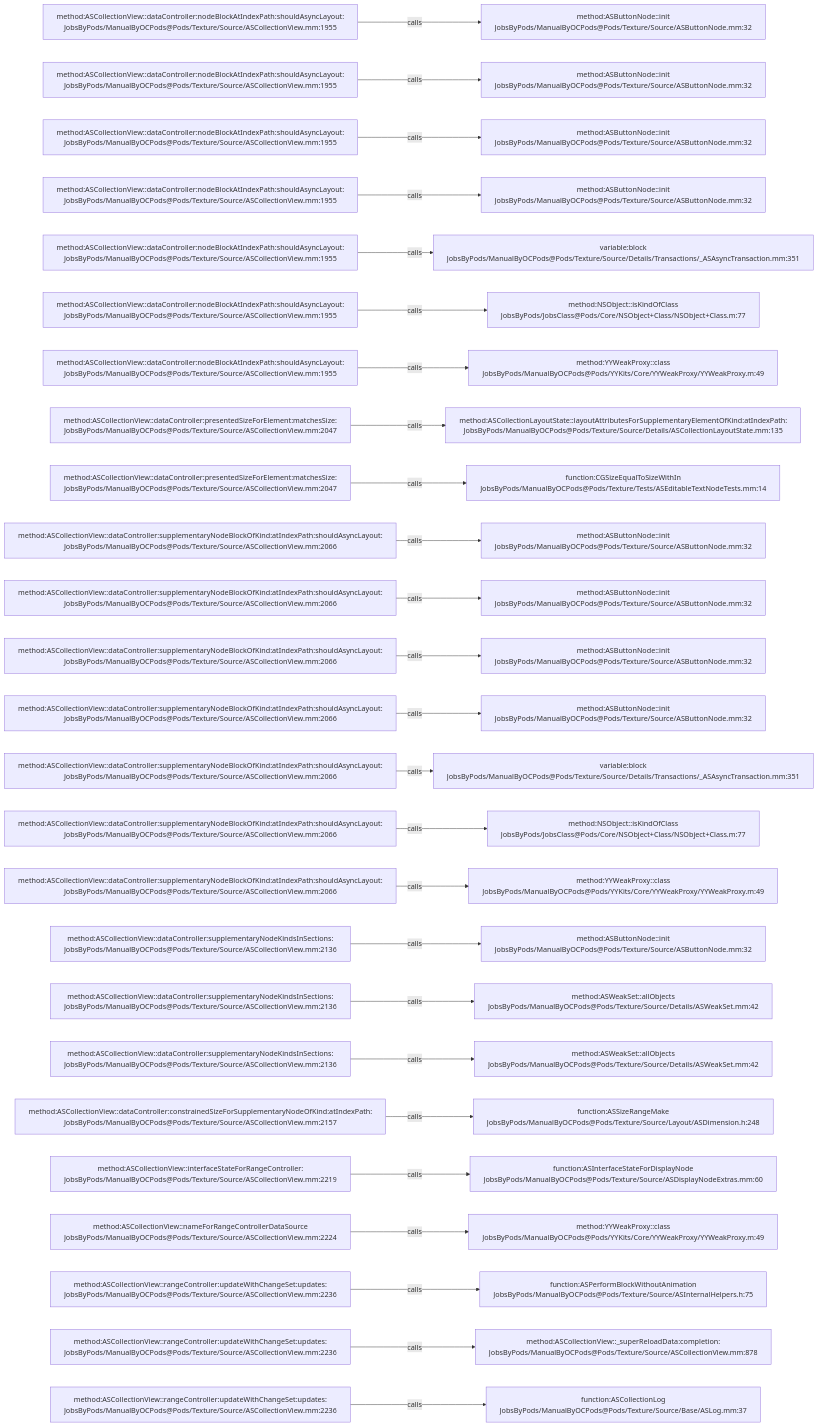
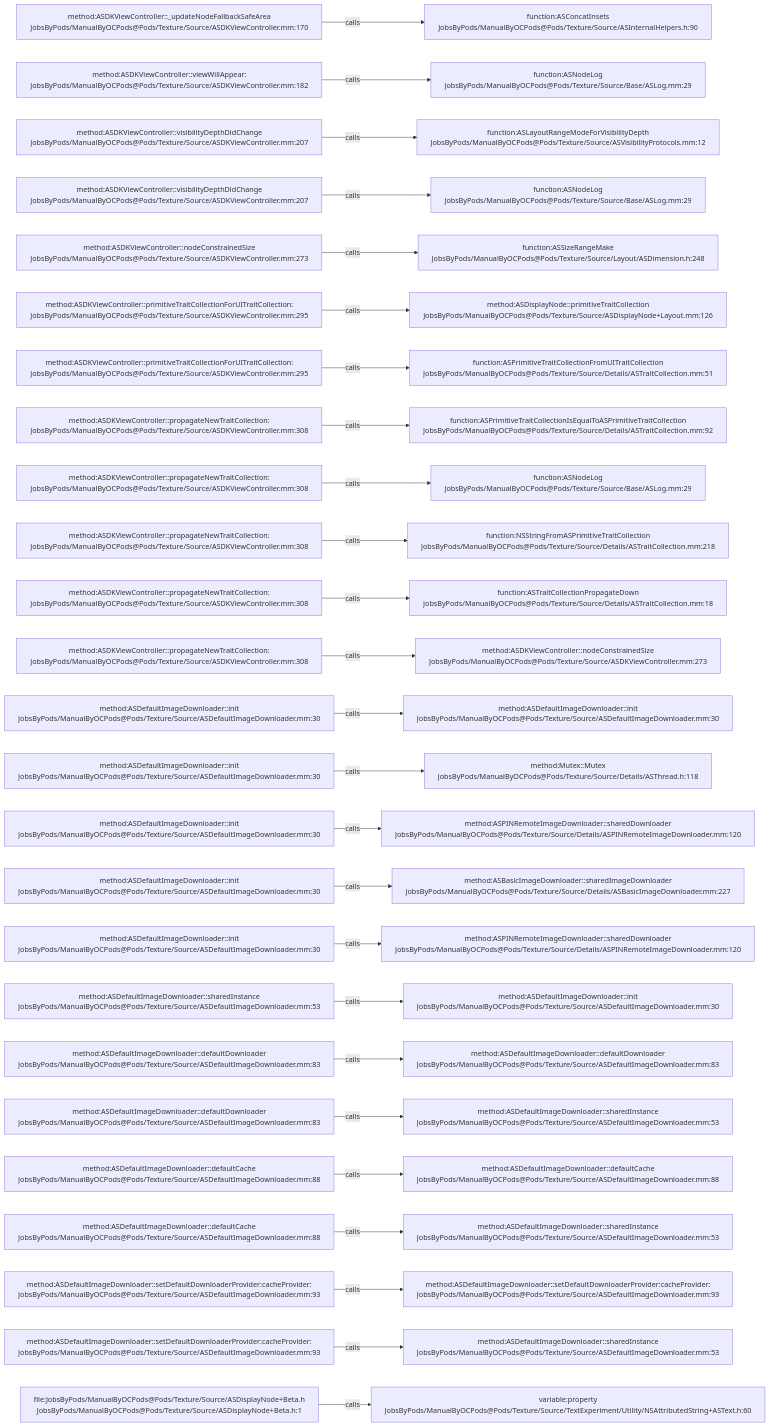
The diagram in .codegraph/codegraph.md/graphs/calls-091.md (JobsKits/JobsOCBaseConfigDemo), drawn with Mermaid before and after one commit. The commit also changed 1223 other files, not shown here.

````diff
--- a/.codegraph/codegraph.md/graphs/calls-091.md
+++ b/.codegraph/codegraph.md/graphs/calls-091.md
@@ -13,78 +13,78 @@
 ```mermaid
 flowchart LR
-  S1["method:ASCollectionView::dataController:nodeBlockAtIndexPath:shouldAsyncLayout:<br/>JobsByPods/ManualByOCPods@Pods/Texture/Source/ASCollectionView.mm:1955"]
-  T1["method:ASButtonNode::init<br/>JobsByPods/ManualByOCPods@Pods/Texture/Source/ASButtonNode.mm:32"]
+  S1["method:ASDKViewController::_updateNodeFallbackSafeArea<br/>JobsByPods/ManualByOCPods@Pods/Texture/Source/ASDKViewController.mm:170"]
+  T1["function:ASConcatInsets<br/>JobsByPods/ManualByOCPods@Pods/Texture/Source/ASInternalHelpers.h:90"]
   S1 -->|calls| T1
-  S2["method:ASCollectionView::dataController:nodeBlockAtIndexPath:shouldAsyncLayout:<br/>JobsByPods/ManualByOCPods@Pods/Texture/Source/ASCollectionView.mm:1955"]
-  T2["method:ASButtonNode::init<br/>JobsByPods/ManualByOCPods@Pods/Texture/Source/ASButtonNode.mm:32"]
+  S2["method:ASDKViewController::viewWillAppear:<br/>JobsByPods/ManualByOCPods@Pods/Texture/Source/ASDKViewController.mm:182"]
+  T2["function:ASNodeLog<br/>JobsByPods/ManualByOCPods@Pods/Texture/Source/Base/ASLog.mm:29"]
   S2 -->|calls| T2
-  S3["method:ASCollectionView::dataController:nodeBlockAtIndexPath:shouldAsyncLayout:<br/>JobsByPods/ManualByOCPods@Pods/Texture/Source/ASCollectionView.mm:1955"]
-  T3["method:ASButtonNode::init<br/>JobsByPods/ManualByOCPods@Pods/Texture/Source/ASButtonNode.mm:32"]
+  S3["method:ASDKViewController::visibilityDepthDidChange<br/>JobsByPods/ManualByOCPods@Pods/Texture/Source/ASDKViewController.mm:207"]
+  T3["function:ASLayoutRangeModeForVisibilityDepth<br/>JobsByPods/ManualByOCPods@Pods/Texture/Source/ASVisibilityProtocols.mm:12"]
   S3 -->|calls| T3
-  S4["method:ASCollectionView::dataController:nodeBlockAtIndexPath:shouldAsyncLayout:<br/>JobsByPods/ManualByOCPods@Pods/Texture/Source/ASCollectionView.mm:1955"]
-  T4["method:ASButtonNode::init<br/>JobsByPods/ManualByOCPods@Pods/Texture/Source/ASButtonNode.mm:32"]
+  S4["method:ASDKViewController::visibilityDepthDidChange<br/>JobsByPods/ManualByOCPods@Pods/Texture/Source/ASDKViewController.mm:207"]
+  T4["function:ASNodeLog<br/>JobsByPods/ManualByOCPods@Pods/Texture/Source/Base/ASLog.mm:29"]
   S4 -->|calls| T4
-  S5["method:ASCollectionView::dataController:nodeBlockAtIndexPath:shouldAsyncLayout:<br/>JobsByPods/ManualByOCPods@Pods/Texture/Source/ASCollectionView.mm:1955"]
-  T5["variable:block<br/>JobsByPods/ManualByOCPods@Pods/Texture/Source/Details/Transactions/_ASAsyncTransaction.mm:351"]
+  S5["method:ASDKViewController::nodeConstrainedSize<br/>JobsByPods/ManualByOCPods@Pods/Texture/Source/ASDKViewController.mm:273"]
+  T5["function:ASSizeRangeMake<br/>JobsByPods/ManualByOCPods@Pods/Texture/Source/Layout/ASDimension.h:248"]
   S5 -->|calls| T5
-  S6["method:ASCollectionView::dataController:nodeBlockAtIndexPath:shouldAsyncLayout:<br/>JobsByPods/ManualByOCPods@Pods/Texture/Source/ASCollectionView.mm:1955"]
-  T6["method:NSObject::isKindOfClass<br/>JobsByPods/JobsClass@Pods/Core/NSObject+Class/NSObject+Class.m:77"]
+  S6["method:ASDKViewController::primitiveTraitCollectionForUITraitCollection:<br/>JobsByPods/ManualByOCPods@Pods/Texture/Source/ASDKViewController.mm:295"]
+  T6["method:ASDisplayNode::primitiveTraitCollection<br/>JobsByPods/ManualByOCPods@Pods/Texture/Source/ASDisplayNode+Layout.mm:126"]
   S6 -->|calls| T6
-  S7["method:ASCollectionView::dataController:nodeBlockAtIndexPath:shouldAsyncLayout:<br/>JobsByPods/ManualByOCPods@Pods/Texture/Source/ASCollectionView.mm:1955"]
-  T7["method:YYWeakProxy::class<br/>JobsByPods/ManualByOCPods@Pods/YYKits/Core/YYWeakProxy/YYWeakProxy.m:49"]
+  S7["method:ASDKViewController::primitiveTraitCollectionForUITraitCollection:<br/>JobsByPods/ManualByOCPods@Pods/Texture/Source/ASDKViewController.mm:295"]
+  T7["function:ASPrimitiveTraitCollectionFromUITraitCollection<br/>JobsByPods/ManualByOCPods@Pods/Texture/Source/Details/ASTraitCollection.mm:51"]
   S7 -->|calls| T7
-  S8["method:ASCollectionView::dataController:presentedSizeForElement:matchesSize:<br/>JobsByPods/ManualByOCPods@Pods/Texture/Source/ASCollectionView.mm:2047"]
-  T8["method:ASCollectionLayoutState::layoutAttributesForSupplementaryElementOfKind:atIndexPath:<br/>JobsByPods/ManualByOCPods@Pods/Texture/Source/Details/ASCollectionLayoutState.mm:135"]
+  S8["method:ASDKViewController::propagateNewTraitCollection:<br/>JobsByPods/ManualByOCPods@Pods/Texture/Source/ASDKViewController.mm:308"]
+  T8["function:ASPrimitiveTraitCollectionIsEqualToASPrimitiveTraitCollection<br/>JobsByPods/ManualByOCPods@Pods/Texture/Source/Details/ASTraitCollection.mm:92"]
   S8 -->|calls| T8
-  S9["method:ASCollectionView::dataController:presentedSizeForElement:matchesSize:<br/>JobsByPods/ManualByOCPods@Pods/Texture/Source/ASCollectionView.mm:2047"]
-  T9["function:CGSizeEqualToSizeWithIn<br/>JobsByPods/ManualByOCPods@Pods/Texture/Tests/ASEditableTextNodeTests.mm:14"]
+  S9["method:ASDKViewController::propagateNewTraitCollection:<br/>JobsByPods/ManualByOCPods@Pods/Texture/Source/ASDKViewController.mm:308"]
+  T9["function:ASNodeLog<br/>JobsByPods/ManualByOCPods@Pods/Texture/Source/Base/ASLog.mm:29"]
   S9 -->|calls| T9
-  S10["method:ASCollectionView::dataController:supplementaryNodeBlockOfKind:atIndexPath:shouldAsyncLayout:<br/>JobsByPods/ManualByOCPods@Pods/Texture/Source/ASCollectionView.mm:2066"]
-  T10["method:ASButtonNode::init<br/>JobsByPods/ManualByOCPods@Pods/Texture/Source/ASButtonNode.mm:32"]
+  S10["method:ASDKViewController::propagateNewTraitCollection:<br/>JobsByPods/ManualByOCPods@Pods/Texture/Source/ASDKViewController.mm:308"]
+  T10["function:NSStringFromASPrimitiveTraitCollection<br/>JobsByPods/ManualByOCPods@Pods/Texture/Source/Details/ASTraitCollection.mm:218"]
   S10 -->|calls| T10
-  S11["method:ASCollectionView::dataController:supplementaryNodeBlockOfKind:atIndexPath:shouldAsyncLayout:<br/>JobsByPods/ManualByOCPods@Pods/Texture/Source/ASCollectionView.mm:2066"]
-  T11["method:ASButtonNode::init<br/>JobsByPods/ManualByOCPods@Pods/Texture/Source/ASButtonNode.mm:32"]
+  S11["method:ASDKViewController::propagateNewTraitCollection:<br/>JobsByPods/ManualByOCPods@Pods/Texture/Source/ASDKViewController.mm:308"]
+  T11["function:ASTraitCollectionPropagateDown<br/>JobsByPods/ManualByOCPods@Pods/Texture/Source/Details/ASTraitCollection.mm:18"]
   S11 -->|calls| T11
-  S12["method:ASCollectionView::dataController:supplementaryNodeBlockOfKind:atIndexPath:shouldAsyncLayout:<br/>JobsByPods/ManualByOCPods@Pods/Texture/Source/ASCollectionView.mm:2066"]
-  T12["method:ASButtonNode::init<br/>JobsByPods/ManualByOCPods@Pods/Texture/Source/ASButtonNode.mm:32"]
+  S12["method:ASDKViewController::propagateNewTraitCollection:<br/>JobsByPods/ManualByOCPods@Pods/Texture/Source/ASDKViewController.mm:308"]
+  T12["method:ASDKViewController::nodeConstrainedSize<br/>JobsByPods/ManualByOCPods@Pods/Texture/Source/ASDKViewController.mm:273"]
   S12 -->|calls| T12
-  S13["method:ASCollectionView::dataController:supplementaryNodeBlockOfKind:atIndexPath:shouldAsyncLayout:<br/>JobsByPods/ManualByOCPods@Pods/Texture/Source/ASCollectionView.mm:2066"]
-  T13["method:ASButtonNode::init<br/>JobsByPods/ManualByOCPods@Pods/Texture/Source/ASButtonNode.mm:32"]
+  S13["method:ASDefaultImageDownloader::init<br/>JobsByPods/ManualByOCPods@Pods/Texture/Source/ASDefaultImageDownloader.mm:30"]
+  T13["method:ASDefaultImageDownloader::init<br/>JobsByPods/ManualByOCPods@Pods/Texture/Source/ASDefaultImageDownloader.mm:30"]
   S13 -->|calls| T13
-  S14["method:ASCollectionView::dataController:supplementaryNodeBlockOfKind:atIndexPath:shouldAsyncLayout:<br/>JobsByPods/ManualByOCPods@Pods/Texture/Source/ASCollectionView.mm:2066"]
-  T14["variable:block<br/>JobsByPods/ManualByOCPods@Pods/Texture/Source/Details/Transactions/_ASAsyncTransaction.mm:351"]
+  S14["method:ASDefaultImageDownloader::init<br/>JobsByPods/ManualByOCPods@Pods/Texture/Source/ASDefaultImageDownloader.mm:30"]
+  T14["method:Mutex::Mutex<br/>JobsByPods/ManualByOCPods@Pods/Texture/Source/Details/ASThread.h:118"]
   S14 -->|calls| T14
-  S15["method:ASCollectionView::dataController:supplementaryNodeBlockOfKind:atIndexPath:shouldAsyncLayout:<br/>JobsByPods/ManualByOCPods@Pods/Texture/Source/ASCollectionView.mm:2066"]
-  T15["method:NSObject::isKindOfClass<br/>JobsByPods/JobsClass@Pods/Core/NSObject+Class/NSObject+Class.m:77"]
+  S15["method:ASDefaultImageDownloader::init<br/>JobsByPods/ManualByOCPods@Pods/Texture/Source/ASDefaultImageDownloader.mm:30"]
+  T15["method:ASPINRemoteImageDownloader::sharedDownloader<br/>JobsByPods/ManualByOCPods@Pods/Texture/Source/Details/ASPINRemoteImageDownloader.mm:120"]
   S15 -->|calls| T15
-  S16["method:ASCollectionView::dataController:supplementaryNodeBlockOfKind:atIndexPath:shouldAsyncLayout:<br/>JobsByPods/ManualByOCPods@Pods/Texture/Source/ASCollectionView.mm:2066"]
-  T16["method:YYWeakProxy::class<br/>JobsByPods/ManualByOCPods@Pods/YYKits/Core/YYWeakProxy/YYWeakProxy.m:49"]
+  S16["method:ASDefaultImageDownloader::init<br/>JobsByPods/ManualByOCPods@Pods/Texture/Source/ASDefaultImageDownloader.mm:30"]
+  T16["method:ASBasicImageDownloader::sharedImageDownloader<br/>JobsByPods/ManualByOCPods@Pods/Texture/Source/Details/ASBasicImageDownloader.mm:227"]
   S16 -->|calls| T16
-  S17["method:ASCollectionView::dataController:supplementaryNodeKindsInSections:<br/>JobsByPods/ManualByOCPods@Pods/Texture/Source/ASCollectionView.mm:2136"]
-  T17["method:ASButtonNode::init<br/>JobsByPods/ManualByOCPods@Pods/Texture/Source/ASButtonNode.mm:32"]
+  S17["method:ASDefaultImageDownloader::init<br/>JobsByPods/ManualByOCPods@Pods/Texture/Source/ASDefaultImageDownloader.mm:30"]
+  T17["method:ASPINRemoteImageDownloader::sharedDownloader<br/>JobsByPods/ManualByOCPods@Pods/Texture/Source/Details/ASPINRemoteImageDownloader.mm:120"]
   S17 -->|calls| T17
-  S18["method:ASCollectionView::dataController:supplementaryNodeKindsInSections:<br/>JobsByPods/ManualByOCPods@Pods/Texture/Source/ASCollectionView.mm:2136"]
-  T18["method:ASWeakSet::allObjects<br/>JobsByPods/ManualByOCPods@Pods/Texture/Source/Details/ASWeakSet.mm:42"]
+  S18["method:ASDefaultImageDownloader::sharedInstance<br/>JobsByPods/ManualByOCPods@Pods/Texture/Source/ASDefaultImageDownloader.mm:53"]
+  T18["method:ASDefaultImageDownloader::init<br/>JobsByPods/ManualByOCPods@Pods/Texture/Source/ASDefaultImageDownloader.mm:30"]
   S18 -->|calls| T18
-  S19["method:ASCollectionView::dataController:supplementaryNodeKindsInSections:<br/>JobsByPods/ManualByOCPods@Pods/Texture/Source/ASCollectionView.mm:2136"]
-  T19["method:ASWeakSet::allObjects<br/>JobsByPods/ManualByOCPods@Pods/Texture/Source/Details/ASWeakSet.mm:42"]
+  S19["method:ASDefaultImageDownloader::defaultDownloader<br/>JobsByPods/ManualByOCPods@Pods/Texture/Source/ASDefaultImageDownloader.mm:83"]
+  T19["method:ASDefaultImageDownloader::defaultDownloader<br/>JobsByPods/ManualByOCPods@Pods/Texture/Source/ASDefaultImageDownloader.mm:83"]
   S19 -->|calls| T19
-  S20["method:ASCollectionView::dataController:constrainedSizeForSupplementaryNodeOfKind:atIndexPath:<br/>JobsByPods/ManualByOCPods@Pods/Texture/Source/ASCollectionView.mm:2157"]
-  T20["function:ASSizeRangeMake<br/>JobsByPods/ManualByOCPods@Pods/Texture/Source/Layout/ASDimension.h:248"]
+  S20["method:ASDefaultImageDownloader::defaultDownloader<br/>JobsByPods/ManualByOCPods@Pods/Texture/Source/ASDefaultImageDownloader.mm:83"]
+  T20["method:ASDefaultImageDownloader::sharedInstance<br/>JobsByPods/ManualByOCPods@Pods/Texture/Source/ASDefaultImageDownloader.mm:53"]
   S20 -->|calls| T20
-  S21["method:ASCollectionView::interfaceStateForRangeController:<br/>JobsByPods/ManualByOCPods@Pods/Texture/Source/ASCollectionView.mm:2219"]
-  T21["function:ASInterfaceStateForDisplayNode<br/>JobsByPods/ManualByOCPods@Pods/Texture/Source/ASDisplayNodeExtras.mm:60"]
+  S21["method:ASDefaultImageDownloader::defaultCache<br/>JobsByPods/ManualByOCPods@Pods/Texture/Source/ASDefaultImageDownloader.mm:88"]
+  T21["method:ASDefaultImageDownloader::defaultCache<br/>JobsByPods/ManualByOCPods@Pods/Texture/Source/ASDefaultImageDownloader.mm:88"]
   S21 -->|calls| T21
-  S22["method:ASCollectionView::nameForRangeControllerDataSource<br/>JobsByPods/ManualByOCPods@Pods/Texture/Source/ASCollectionView.mm:2224"]
-  T22["method:YYWeakProxy::class<br/>JobsByPods/ManualByOCPods@Pods/YYKits/Core/YYWeakProxy/YYWeakProxy.m:49"]
+  S22["method:ASDefaultImageDownloader::defaultCache<br/>JobsByPods/ManualByOCPods@Pods/Texture/Source/ASDefaultImageDownloader.mm:88"]
+  T22["method:ASDefaultImageDownloader::sharedInstance<br/>JobsByPods/ManualByOCPods@Pods/Texture/Source/ASDefaultImageDownloader.mm:53"]
   S22 -->|calls| T22
-  S23["method:ASCollectionView::rangeController:updateWithChangeSet:updates:<br/>JobsByPods/ManualByOCPods@Pods/Texture/Source/ASCollectionView.mm:2236"]
-  T23["function:ASPerformBlockWithoutAnimation<br/>JobsByPods/ManualByOCPods@Pods/Texture/Source/ASInternalHelpers.h:75"]
+  S23["method:ASDefaultImageDownloader::setDefaultDownloaderProvider:cacheProvider:<br/>JobsByPods/ManualByOCPods@Pods/Texture/Source/ASDefaultImageDownloader.mm:93"]
+  T23["method:ASDefaultImageDownloader::setDefaultDownloaderProvider:cacheProvider:<br/>JobsByPods/ManualByOCPods@Pods/Texture/Source/ASDefaultImageDownloader.mm:93"]
   S23 -->|calls| T23
-  S24["method:ASCollectionView::rangeController:updateWithChangeSet:updates:<br/>JobsByPods/ManualByOCPods@Pods/Texture/Source/ASCollectionView.mm:2236"]
-  T24["method:ASCollectionView::_superReloadData:completion:<br/>JobsByPods/ManualByOCPods@Pods/Texture/Source/ASCollectionView.mm:878"]
+  S24["method:ASDefaultImageDownloader::setDefaultDownloaderProvider:cacheProvider:<br/>JobsByPods/ManualByOCPods@Pods/Texture/Source/ASDefaultImageDownloader.mm:93"]
+  T24["method:ASDefaultImageDownloader::sharedInstance<br/>JobsByPods/ManualByOCPods@Pods/Texture/Source/ASDefaultImageDownloader.mm:53"]
   S24 -->|calls| T24
-  S25["method:ASCollectionView::rangeController:updateWithChangeSet:updates:<br/>JobsByPods/ManualByOCPods@Pods/Texture/Source/ASCollectionView.mm:2236"]
-  T25["function:ASCollectionLog<br/>JobsByPods/ManualByOCPods@Pods/Texture/Source/Base/ASLog.mm:37"]
+  S25["file:JobsByPods/ManualByOCPods@Pods/Texture/Source/ASDisplayNode+Beta.h<br/>JobsByPods/ManualByOCPods@Pods/Texture/Source/ASDisplayNode+Beta.h:1"]
+  T25["variable:property<br/>JobsByPods/ManualByOCPods@Pods/Texture/Source/TextExperiment/Utility/NSAttributedString+ASText.h:60"]
   S25 -->|calls| T25
 ```
````
